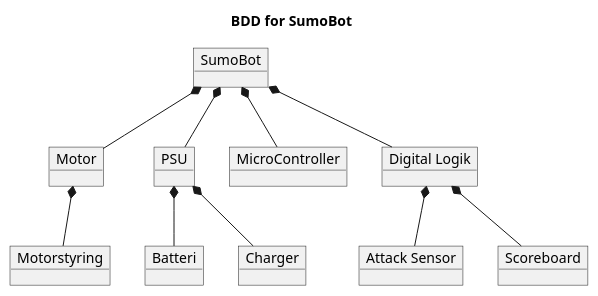
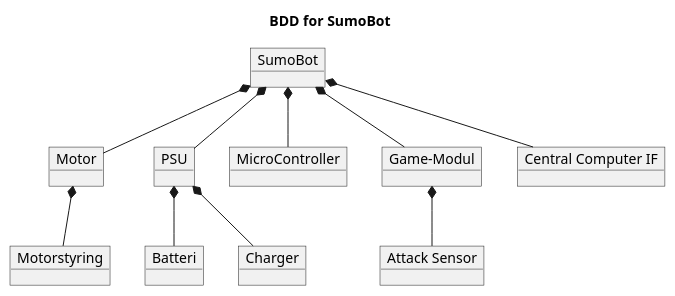
The diagram in Diagrammer/SumoBot_Bdd/SumoBot.puml (Solvgraa-mager/E3PRJ3), drawn with PlantUML before and after one commit. The commit also changed 7 other files, not shown here.

```diff
--- a/Diagrammer/SumoBot_Bdd/SumoBot.puml
+++ b/Diagrammer/SumoBot_Bdd/SumoBot.puml
@@ -1,27 +1,27 @@
 @startuml
 skinparam BackgroundColor transparent
 
 title BDD for SumoBot
 
 object "SumoBot" as SumoBot
 object "Motor" as Motor
 object "Motorstyring" as Motorstyring
 object "PSU" as PSU
 object "Batteri" as Batteri
 object "Charger" as Charger
 object "MicroController" as muc_SumoBot
-object "Digital Logik" as muc2_SumoBot 
+object "Game-Modul" as game_Module 
 object "Attack Sensor" as AttackSensor
-object "Scoreboard" as Scoreboard
+object "Central Computer IF" as central_computer_IF
 
 SumoBot *-- Motor
   Motor *-- Motorstyring
 SumoBot *-- PSU
   PSU *-- Charger
   PSU *-- Batteri
 SumoBot *-- muc_SumoBot
-SumoBot *-- muc2_SumoBot
-muc2_SumoBot *-- AttackSensor
-muc2_SumoBot *-- Scoreboard
+SumoBot *-- game_Module
+game_Module *-- AttackSensor
+SumoBot *-- central_computer_IF
 
 @enduml
```
